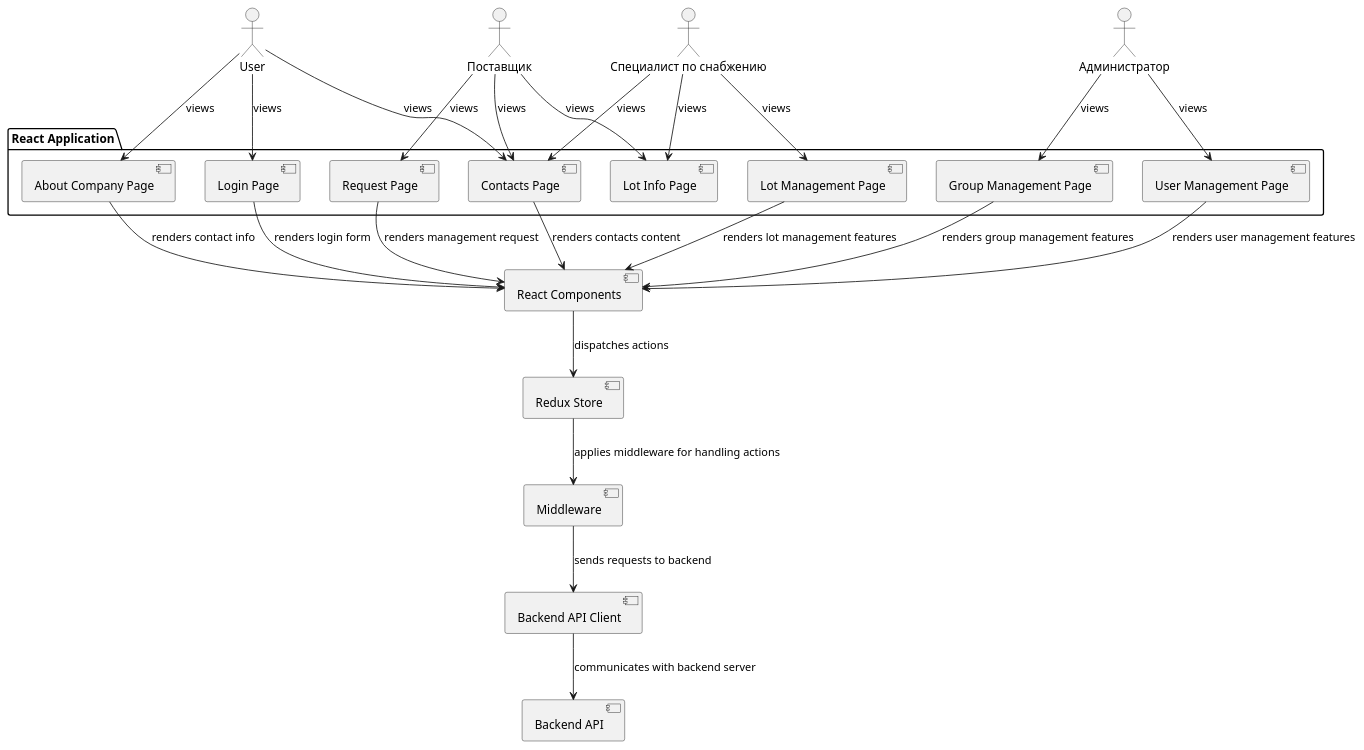
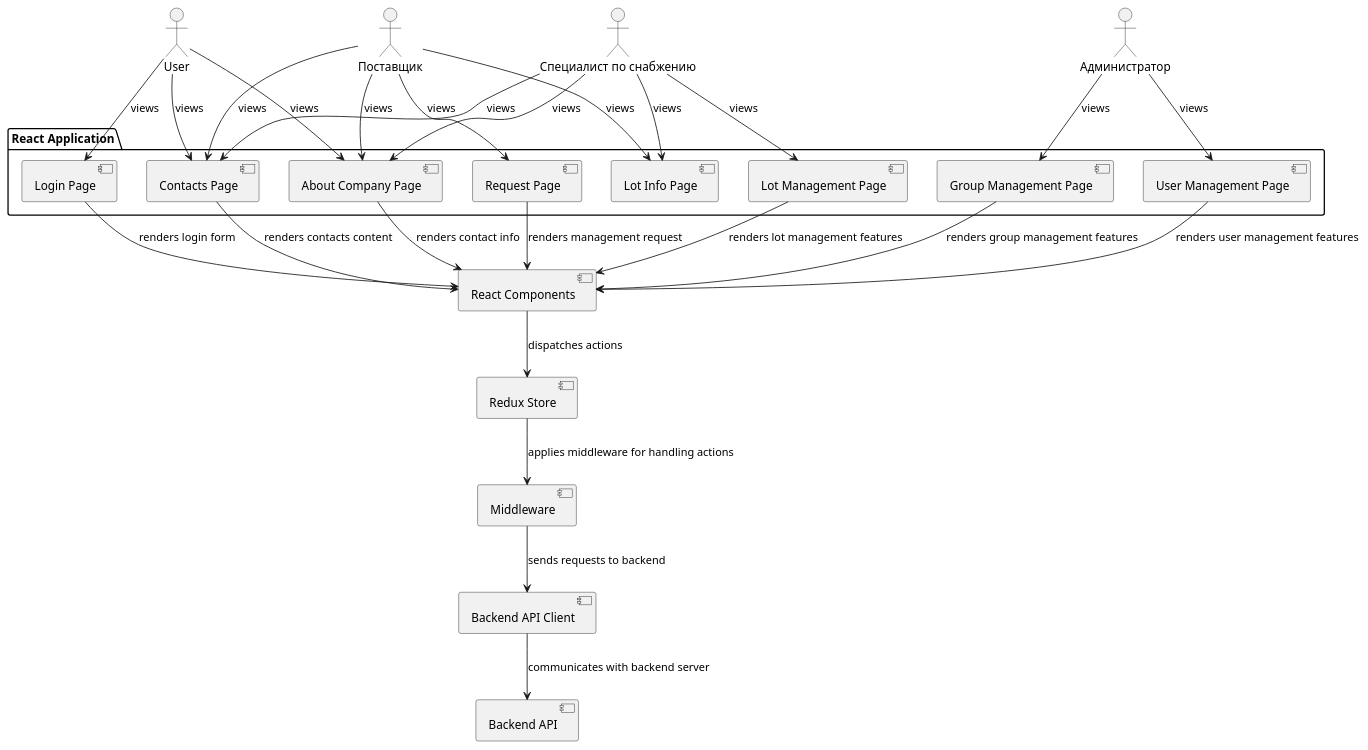
One commit to luisakisa/sds-trade changed the diagram in с4-v2.puml. Above: the diagram before and after it, drawn with PlantUML. The commit also changed 2 other files, not shown here.

```diff
--- a/с4-v2.puml
+++ b/с4-v2.puml
@@ -1,43 +1,45 @@
 package "React Application" {
     [Login Page]
     [Contacts Page]
     [About Company Page]
     [User Management Page]
     [Lot Management Page]
     [Group Management Page]
     [Lot Info Page]
     [Request Page]
 }
 
 actor User
 actor "Поставщик" as Supplier
 actor "Администратор" as Administrator
 actor "Специалист по снабжению" as Specialist
 
 
 User --> [Login Page]: views
 User --> [Contacts Page]: views
 User --> [About Company Page]: views
+Specialist --> [About Company Page]: views
+Supplier --> [About Company Page]: views
 Specialist --> [Contacts Page]: views
 Specialist --> [Lot Management Page]: views
 Supplier --> [Contacts Page]: views
 Specialist --> [Lot Info Page]: views
 Supplier --> [Lot Info Page]: views
 Supplier --> [Request Page]: views
 Administrator --> [User Management Page]: views
 Administrator --> [Group Management Page]: views
 
 [Login Page] --> [React Components]: renders login form
 [Contacts Page] --> [React Components]: renders contacts content
 [User Management Page] --> [React Components]: renders user management features
 [Lot Management Page] --> [React Components]: renders lot management features
 [Group Management Page] --> [React Components]: renders group management features
 [About Company Page] --> [React Components]: renders contact info
 [Request Page] --> [React Components]: renders management request
 
 [React Components] --> [Redux Store]: dispatches actions
 [Redux Store] --> [Middleware]: applies middleware for handling actions
 [Middleware] --> [Backend API Client]: sends requests to backend
 [Backend API Client] --> [Backend API]: communicates with backend server
 
 @enduml
```
